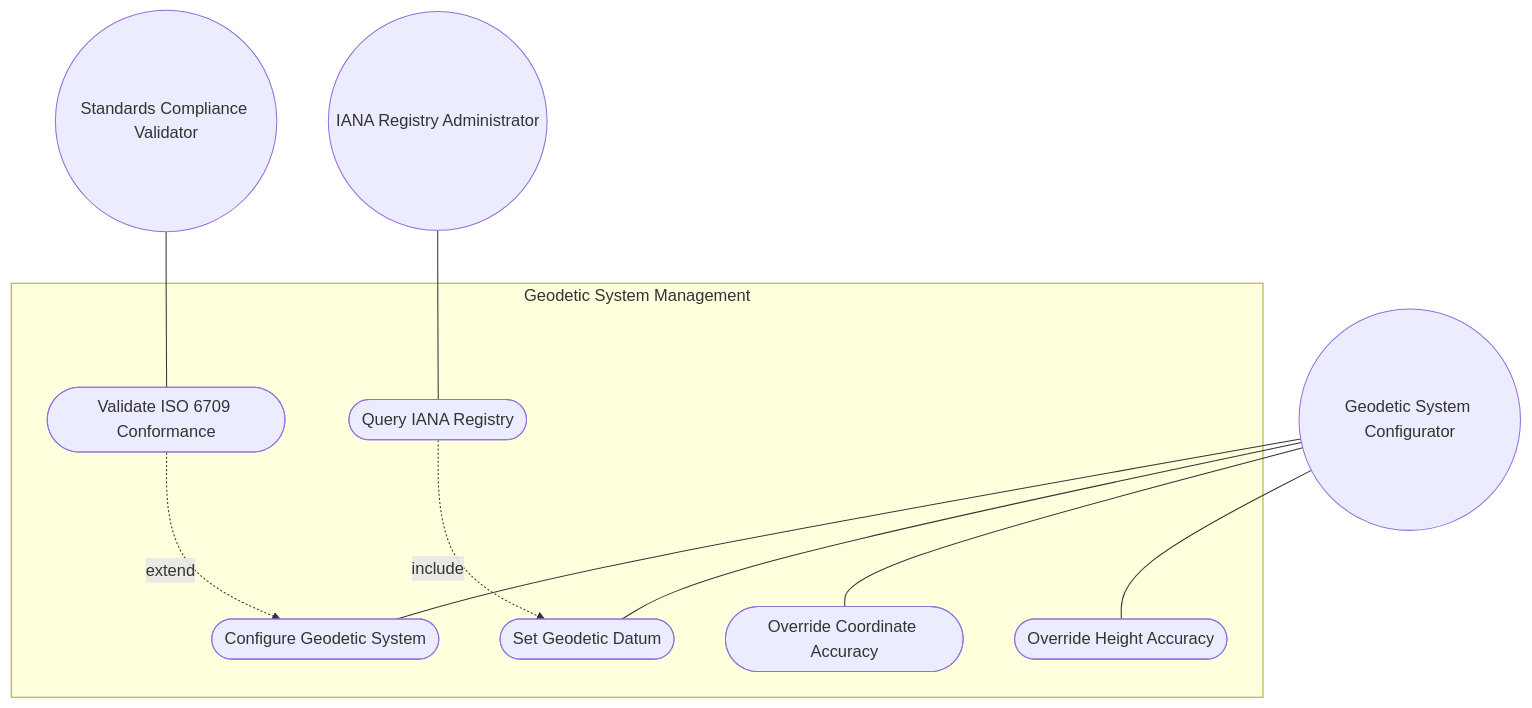
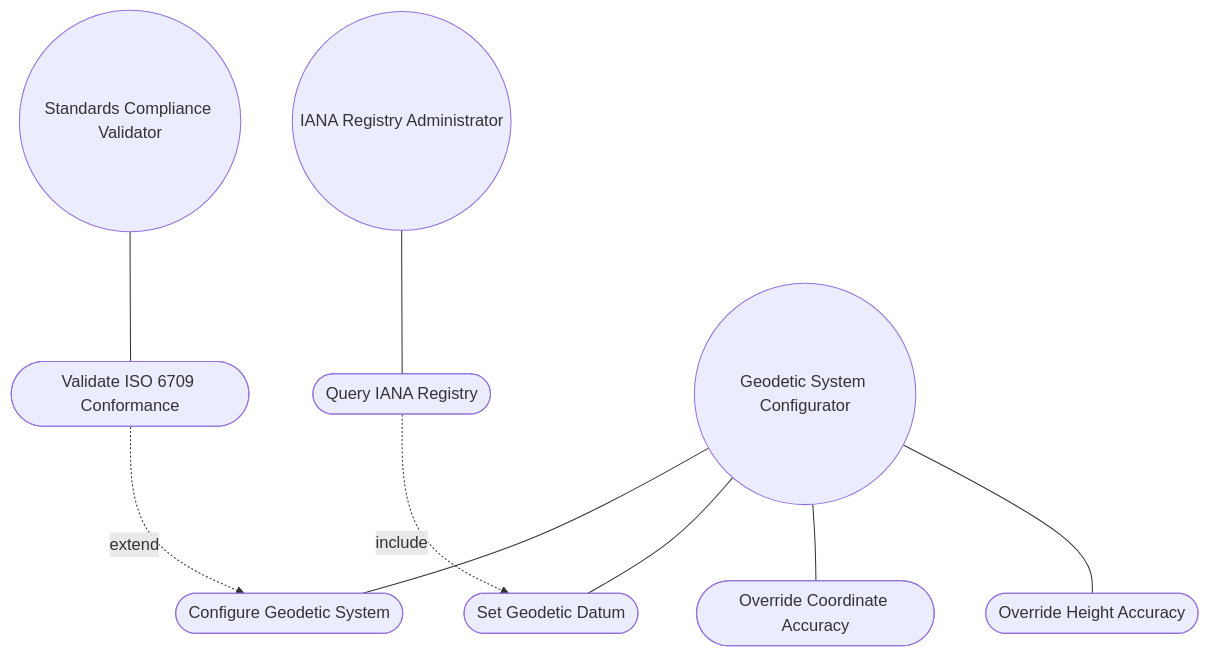
The first of 2 diagrams in docs/use-cases/uc-08-geodetic-system-configuration.md (gintatkinson/3dgs-030), drawn with Mermaid before and after one commit. The commit also changed 20 other files, not shown here.

First line of the commit message:
fix: repair Mermaid rendering across all 18 use cases and 5 topology features

````diff
--- a/docs/use-cases/uc-08-geodetic-system-configuration.md
+++ b/docs/use-cases/uc-08-geodetic-system-configuration.md
@@ -96,19 +96,17 @@
 ```mermaid
 graph TD
-    subgraph System["Geodetic System Management"]
         UC01([Configure Geodetic System])
         UC02([Set Geodetic Datum])
         UC03([Override Coordinate Accuracy])
         UC04([Override Height Accuracy])
         UC05([Validate ISO 6709 Conformance])
         UC06([Query IANA Registry])
-    end
     Configurator((Geodetic System Configurator)) --- UC01
     Configurator --- UC02
     Configurator --- UC03
     Configurator --- UC04
     UC05 -. "extend" .-> UC01
     UC06 -. "include" .-> UC02
     Validator((Standards Compliance Validator)) --- UC05
     IANA((IANA Registry Administrator)) --- UC06
 ```
````
